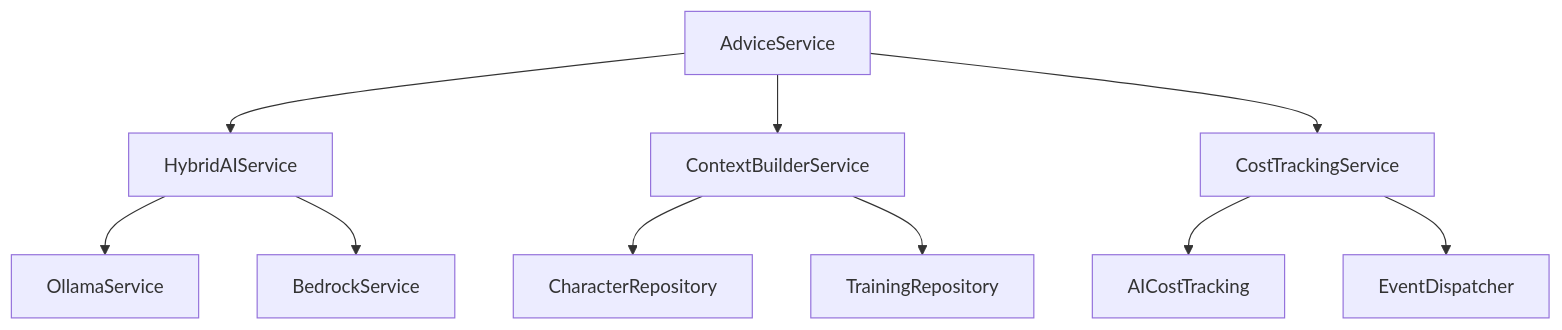
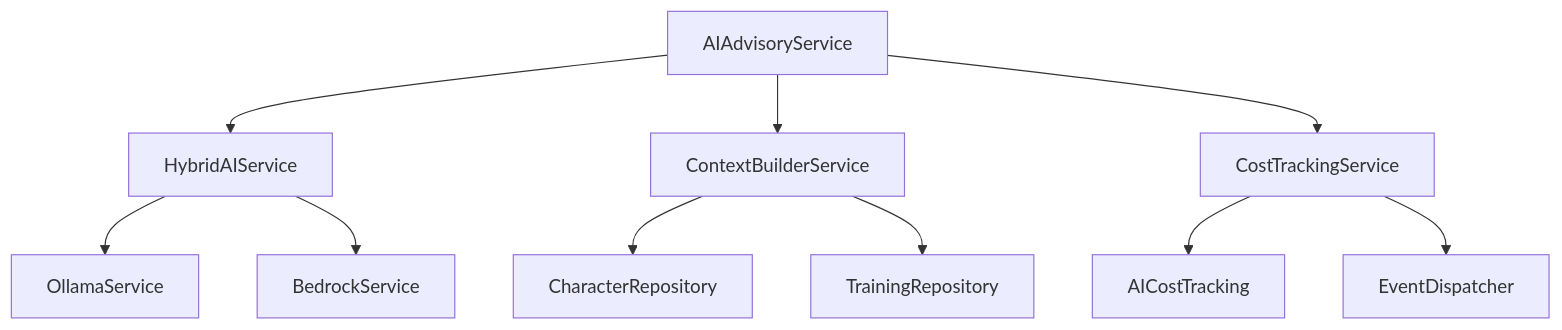
Before and after one commit to exatfrds67/umamusume-career-planner: the eighth of 9 diagrams in docs/01-tech-flow/TECH-FLOW-006_AI_Advisory_Flow.md, drawn with Mermaid. The commit also changed other lines of this file and 58 other files, not shown here.

Commit message:
docs(flow): fix markdownlint errors in diagrams, flows, sequences, tech-flow, user-flows, and wireframes

````diff
--- a/docs/01-tech-flow/TECH-FLOW-006_AI_Advisory_Flow.md
+++ b/docs/01-tech-flow/TECH-FLOW-006_AI_Advisory_Flow.md
@@ -1241,15 +1241,15 @@
 ```mermaid
 flowchart TD
-    AdviceService --> HybridAIService
-    AdviceService --> ContextBuilderService
-    AdviceService --> CostTrackingService
+    AIAdvisoryService --> HybridAIService
+    AIAdvisoryService --> ContextBuilderService
+    AIAdvisoryService --> CostTrackingService
     
     HybridAIService --> OllamaService
     HybridAIService --> BedrockService
     
     ContextBuilderService --> CharacterRepository
     ContextBuilderService --> TrainingRepository
     
     CostTrackingService --> AICostTracking
     CostTrackingService --> EventDispatcher
 ```
````
